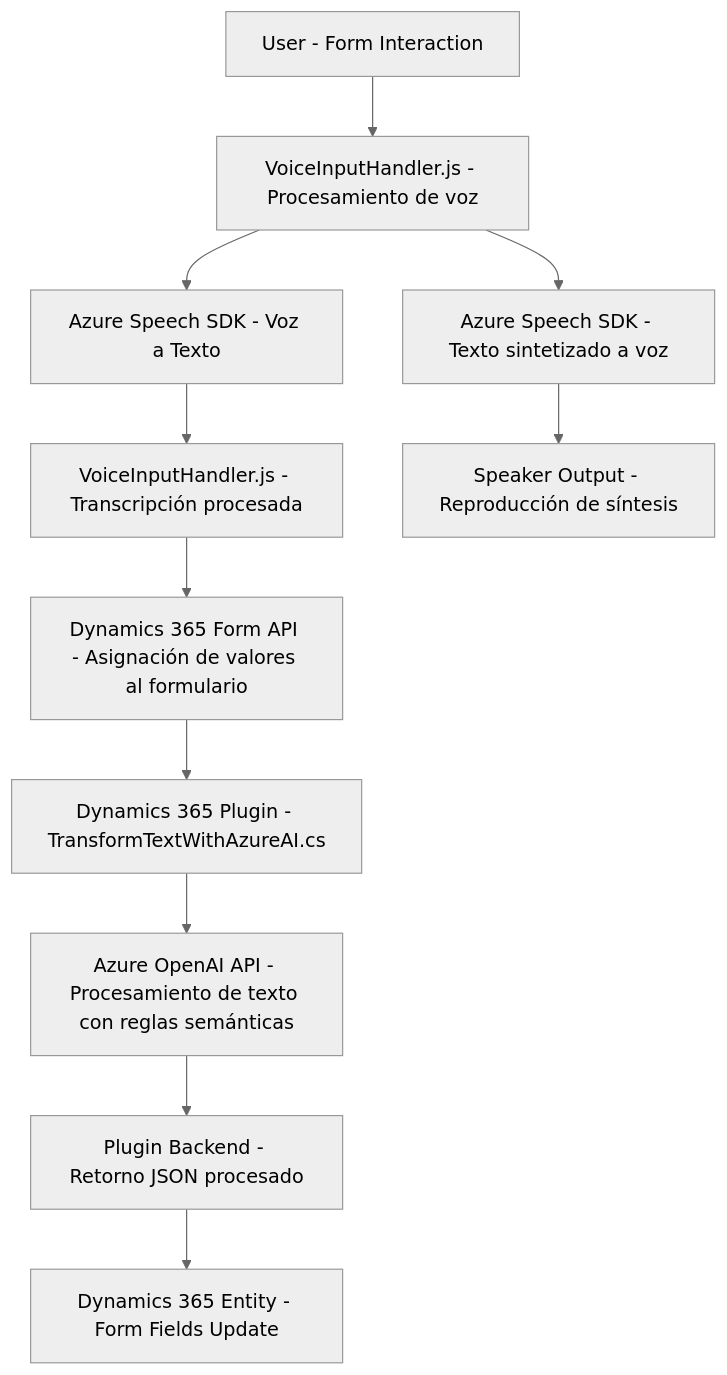
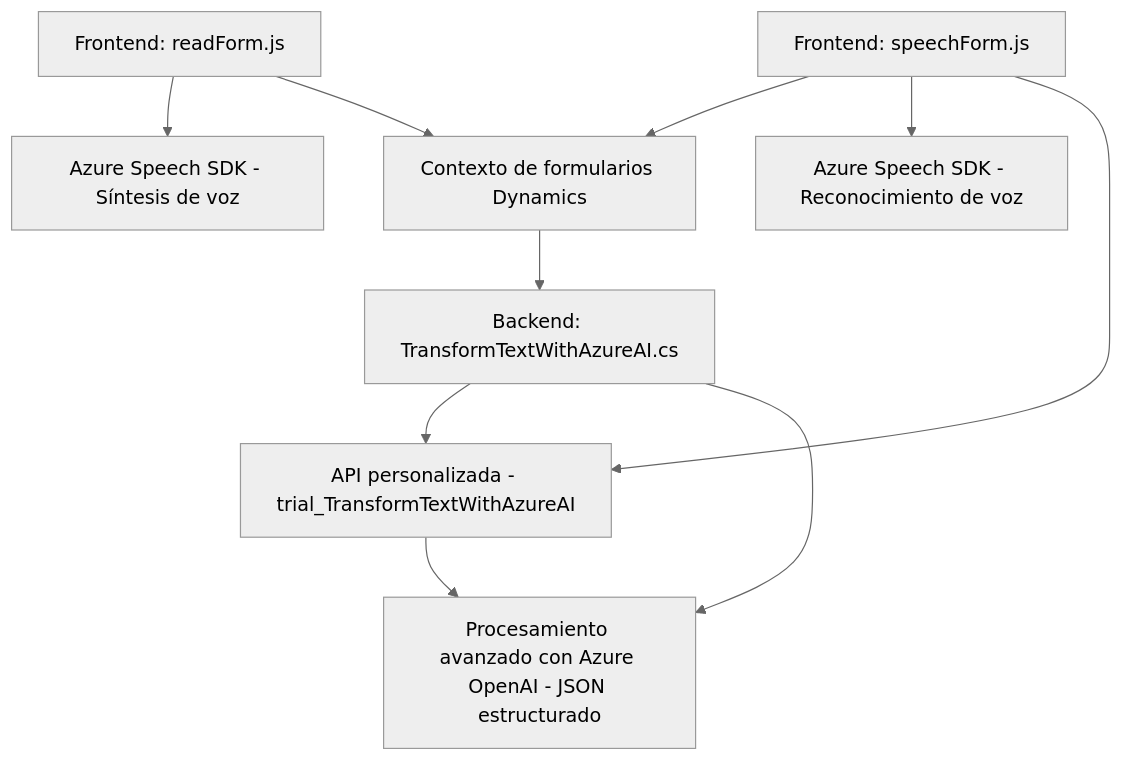
The diagram in README.md (blopezdm/NETCORE_BILBAO2025), drawn with Mermaid (neutral theme) before and after one commit. The commit also changed other lines of this file, not shown here.

Commit message:
Actualizar análisis global de la solución con IA

````diff
--- a/README.md
+++ b/README.md
@@ -45,15 +42,12 @@
 ```mermaid
 graph TD
-    A["User - Form Interaction"] --> B["VoiceInputHandler.js - Procesamiento de voz"]
-    B --> C["Azure Speech SDK - Voz a Texto"]
-    C --> D["VoiceInputHandler.js - Transcripción procesada"]
-    D --> E["Dynamics 365 Form API - Asignación de valores al formulario"]
-
-    E --> F["Dynamics 365 Plugin - TransformTextWithAzureAI.cs"]
-    F --> G["Azure OpenAI API - Procesamiento de texto con reglas semánticas"]
-    G --> H["Plugin Backend - Retorno JSON procesado"]
-    H --> I["Dynamics 365 Entity - Form Fields Update"]
-
-    B --> J["Azure Speech SDK - Texto sintetizado a voz"]
-    J --> K["Speaker Output - Reproducción de síntesis"]
+    A["Frontend: readForm.js"] --> B["Azure Speech SDK - Síntesis de voz"]
+    A --> C["Contexto de formularios Dynamics"]
+    D["Frontend: speechForm.js"] --> C
+    D --> E["Azure Speech SDK - Reconocimiento de voz"]
+    D --> F["API personalizada - trial_TransformTextWithAzureAI"]
+    F --> G["Procesamiento avanzado con Azure OpenAI - JSON estructurado"]
+    H["Backend: TransformTextWithAzureAI.cs"] --> F
+    H --> G
+    C --> H
 ```
````
